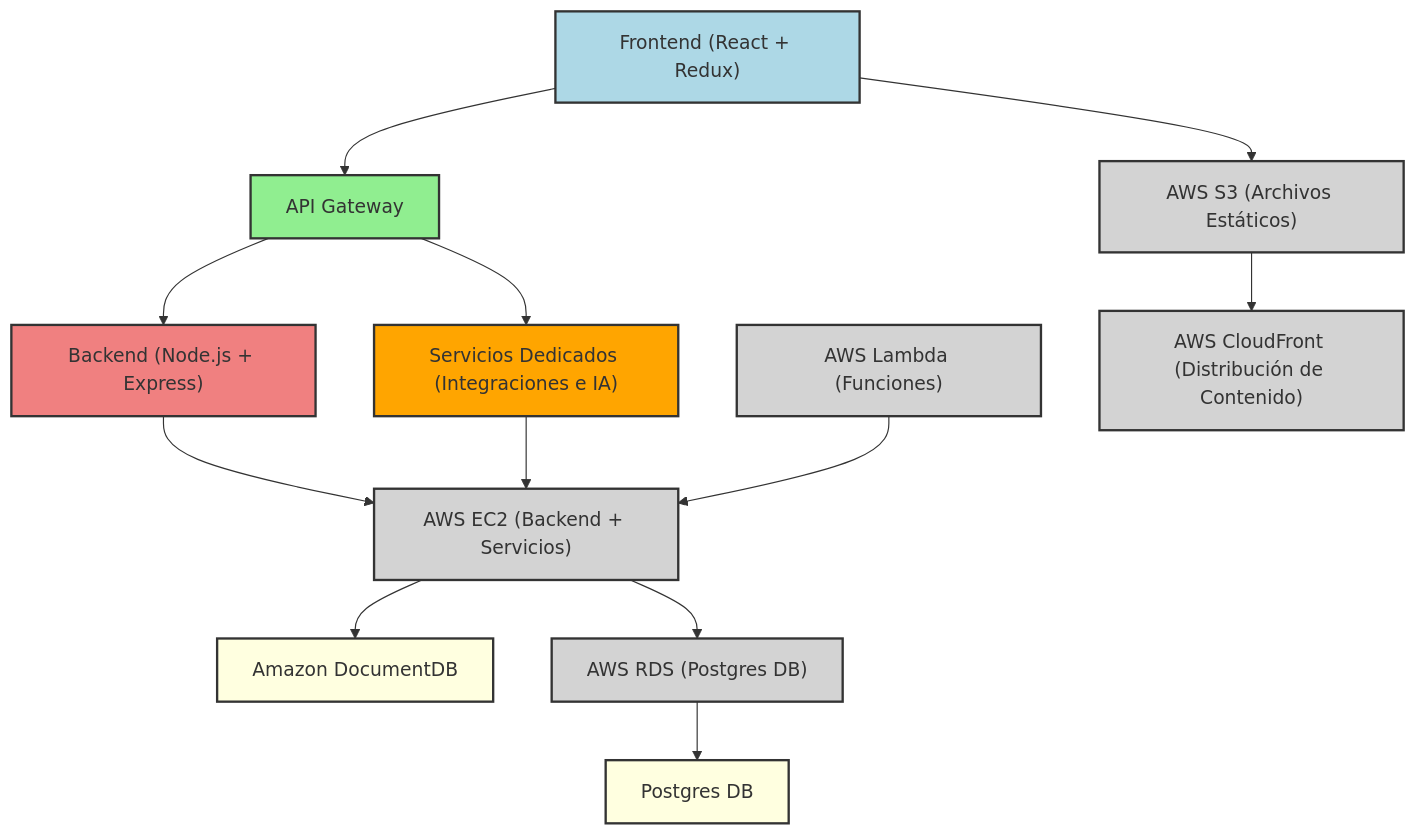
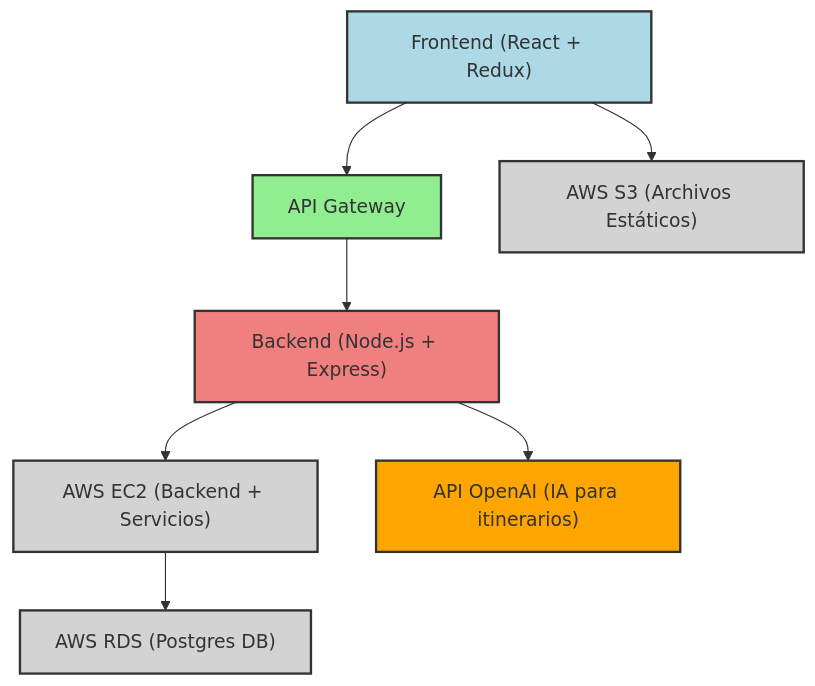
Before and after one commit to LIDR-academy/AI4Devs-finalproject: the first of 2 diagrams in readme.md, drawn with Mermaid. The commit also changed other lines of this file and 15 other files, not shown here.

````diff
--- a/readme.md
+++ b/readme.md
@@ -131,33 +136,23 @@
 ```mermaid
 graph TD
     FE["Frontend (React + Redux)"] --> GW["API Gateway"]
     GW --> BE["Backend (Node.js + Express)"]
-    GW --> SD["Servicios Dedicados (Integraciones e IA)"]
     BE --> EC2["AWS EC2 (Backend + Servicios)"]
-    SD --> EC2
-    EC2 --> DocumentDB["Amazon DocumentDB"]
+    BE --> OpenAI["API OpenAI (IA para itinerarios)"]
     EC2 --> RDS["AWS RDS (Postgres DB)"]
-    RDS --> DBP["Postgres DB"]
-    Lambda["AWS Lambda (Funciones)"] --> EC2
     FE --> S3["AWS S3 (Archivos Estáticos)"]
-    S3 --> CloudFront["AWS CloudFront (Distribución de Contenido)"]
 
     class FE frontend;
     class GW gateway;
     class BE backend;
-    class SD services;
     class EC2 aws;
-    class DBP database;
-    class DocumentDB database;
     class RDS aws;
-    class Lambda aws;
     class S3 aws;
-    class CloudFront aws;
+    class OpenAI services;
 
     classDef frontend fill:#ADD8E6,stroke:#333,stroke-width:2px;
     classDef gateway fill:#90EE90,stroke:#333,stroke-width:2px;
     classDef backend fill:#F08080,stroke:#333,stroke-width:2px;
+    classDef aws fill:#D3D3D3,stroke:#333,stroke-width:2px;
     classDef services fill:#FFA500,stroke:#333,stroke-width:2px;
-    classDef database fill:#FFFFE0,stroke:#333,stroke-width:2px;
-    classDef aws fill:#D3D3D3,stroke:#333,stroke-width:2px;
 ```
````
